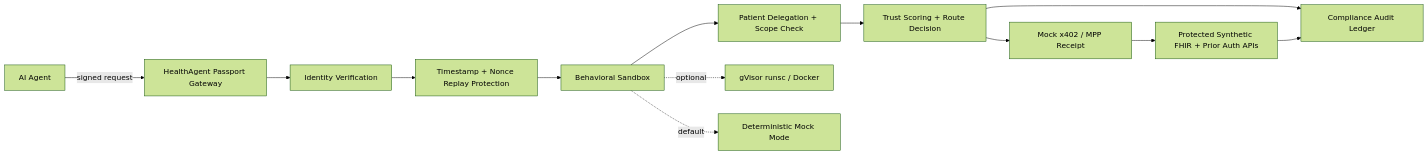
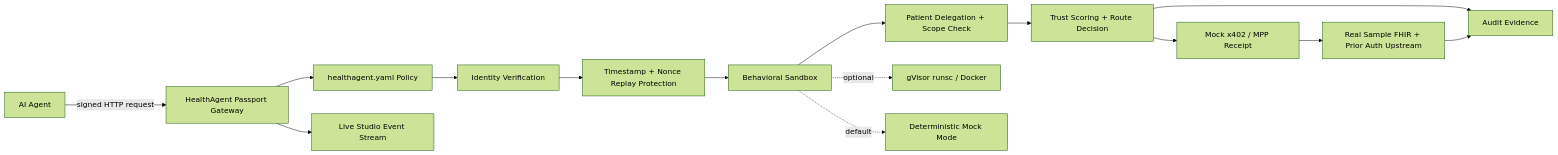
Before and after one commit to roshaninfordham/healthagentpassport: the second of 4 diagrams in README.md, drawn with Mermaid (forest theme). The commit also changed other lines of this file and 56 other files, not shown here.

````diff
--- a/README.md
+++ b/README.md
@@ -55,16 +111,18 @@
 ```mermaid
 flowchart LR
-  Agent[AI Agent] -->|signed request| Gateway[HealthAgent Passport Gateway]
-  Gateway --> Identity[Identity Verification]
+  Agent[AI Agent] -->|signed HTTP request| Gateway[HealthAgent Passport Gateway]
+  Gateway --> Policy[healthagent.yaml Policy]
+  Policy --> Identity[Identity Verification]
   Identity --> Replay[Timestamp + Nonce Replay Protection]
   Replay --> Sandbox[Behavioral Sandbox]
   Sandbox --> Consent[Patient Delegation + Scope Check]
   Consent --> Trust[Trust Scoring + Route Decision]
   Trust --> Payment[Mock x402 / MPP Receipt]
-  Payment --> API[Protected Synthetic FHIR + Prior Auth APIs]
-  Trust --> Audit[Compliance Audit Ledger]
+  Payment --> API[Real Sample FHIR + Prior Auth Upstream]
+  Gateway --> Stream[Live Studio Event Stream]
+  Trust --> Audit[Audit Evidence]
   API --> Audit
 
   Sandbox -. optional .-> Gvisor[gVisor runsc / Docker]
   Sandbox -. default .-> Mock[Deterministic Mock Mode]
 ```
````
